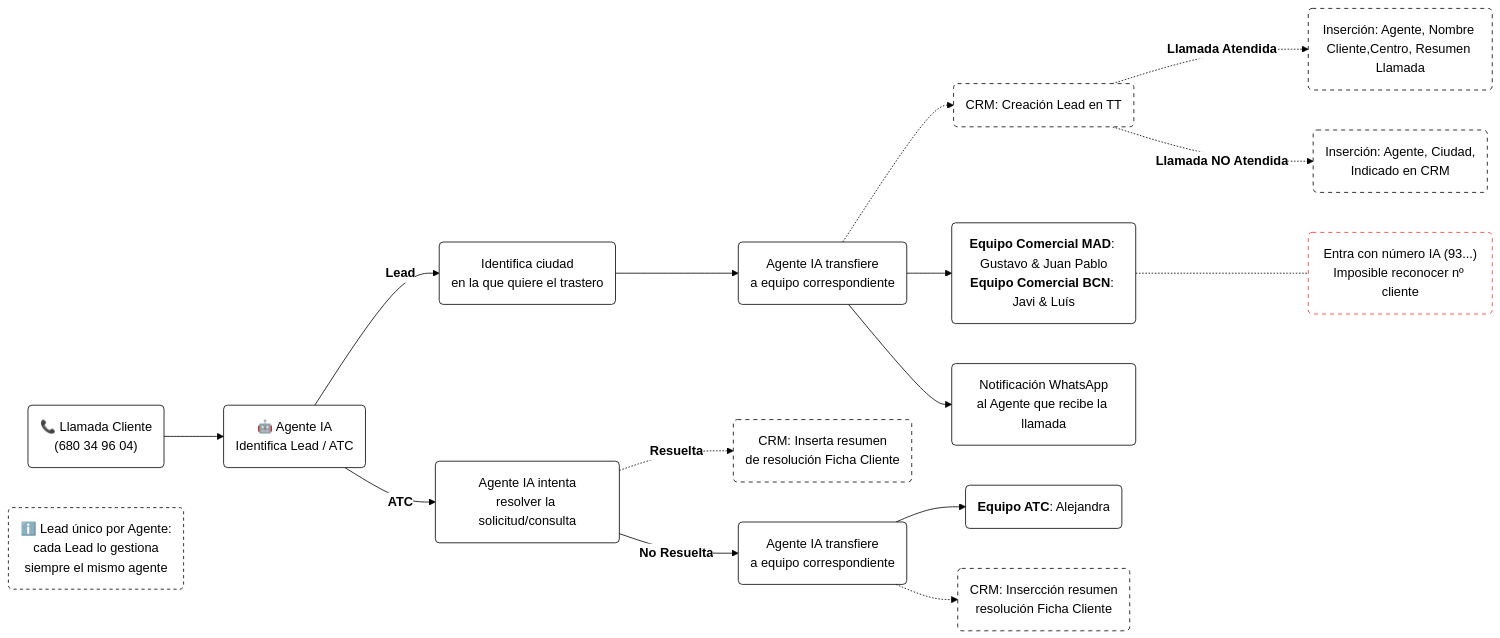
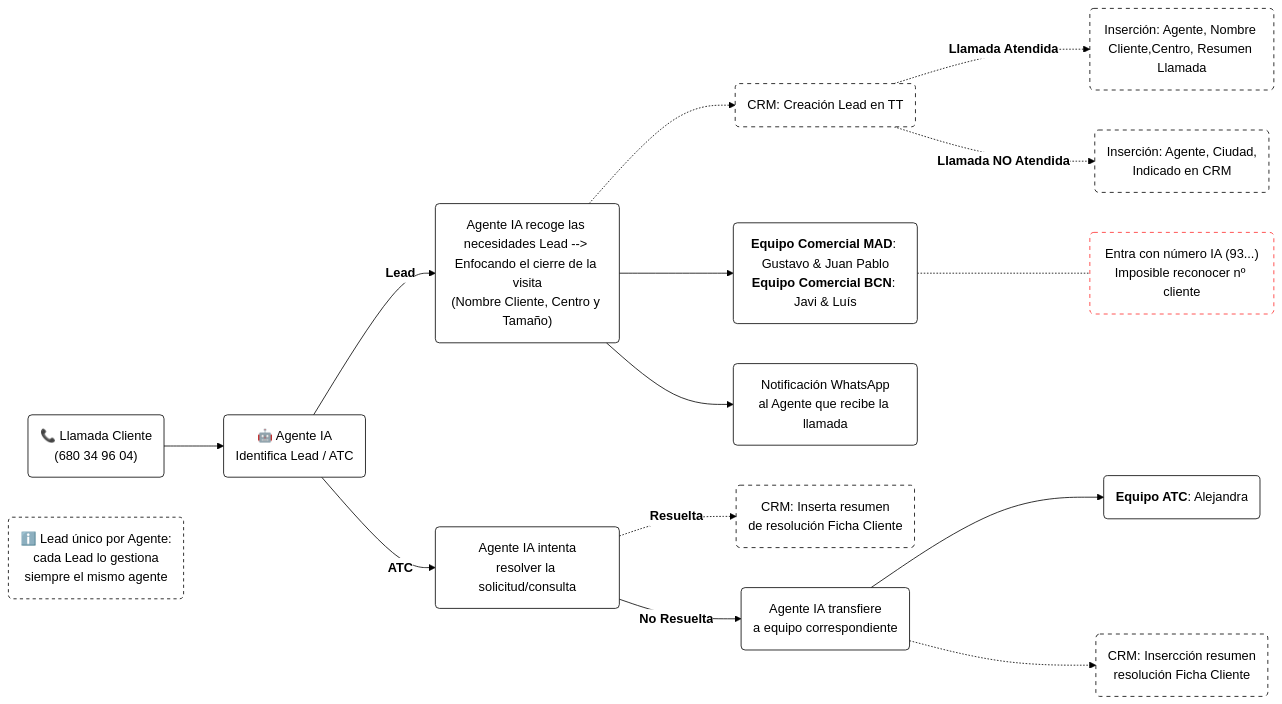
One commit to Fblanchete/Agente-IA changed the diagram in flujo_en_horario (1).md. Above: the diagram before and after it, drawn with Mermaid.

Commit message:
Update flujo_en_horario (1).md

````diff
--- a/flujo_en_horario (1).md
+++ b/flujo_en_horario (1).md
@@ -3,35 +3,34 @@
 ```mermaid
 %%{init: {'theme': 'base', 'themeVariables': { 'fontFamily': 'Arial', 'background': '#FFFFFF', 'primaryColor': '#FFFFFF', 'primaryBorderColor': '#000000', 'primaryTextColor': '#000000', 'lineColor': '#000000', 'secondaryColor': '#FFFFFF', 'tertiaryColor': '#FFFFFF'}}}%%
 flowchart LR
     A1("📞 Llamada Cliente<br/>(680 34 96 04)") --> A2("🤖 Agente IA<br/>Identifica Lead / ATC")
 
-    A2 -->|"`**Lead**`"| L1("Identifica ciudad<br/>en la que quiere el trastero")
-    L1 --> L2("Agente IA transfiere<br/>a equipo correspondiente")
+    A2 -->|"`**Lead**`"| L2("Agente IA recoge las necesidades Lead --> Enfocando el cierre de la visita<br/>(Nombre Cliente, Centro y Tamaño)")
     L2 -.-> CRM1("CRM: Creación Lead en TT")
     L4 -.- L3("Entra con número IA (93...)<br/>Imposible reconocer nº cliente")
     L2 --> L4("`**Equipo Comercial MAD**: Gustavo & Juan Pablo<br/>**Equipo Comercial BCN**: Javi & Luís`")
     L2 --> L5("Notificación WhatsApp<br/>al Agente que recibe la llamada")
     CRM1 -.-> |"`**Llamada Atendida**`"| LA("Inserción: Agente, Nombre Cliente,Centro, Resumen Llamada")
     CRM1 -.-> |"`**Llamada NO Atendida**`"| LNA("Inserción: Agente, Ciudad,<br/>Indicado en CRM")
 
     A2 -->|"`**ATC**`"| T1("Agente IA intenta<br/>resolver la solicitud/consulta")
     T1 -.->|"`**Resuelta**`"| CRM2("CRM: Inserta resumen<br/>de resolución Ficha Cliente")
     T1 -->|"`**No Resuelta**`"| T2("Agente IA transfiere<br/>a equipo correspondiente")
     T2 --> T3("`**Equipo ATC**: Alejandra`")
     T2 -.-> CRM3("CRM: Insercción resumen<br/>resolución Ficha Cliente")
   
 
     N0("ℹ️ Lead único por Agente:<br/>cada Lead lo gestiona<br/>siempre el mismo agente")
 
 
     classDef todos fill:#FFFFFF,stroke:#000000,color:#000000
     classDef nota fill:#FFFFFF,stroke:#000000,color:#000000,stroke-dasharray: 4 4
     classDef comment fill:#FFFFFF,stroke:#FF2C2C,color:#000000,stroke-dasharray: 5 5
     classDef CRM fill:#FFFFFF,stroke:#000000,color:#000000,stroke-dasharray: 5 5
-    class A1,A2,L1,L2,L4,L5,T1,T2,T3 todos
+    class A1,A2,L2,L4,L5,T1,T2,T3 todos
     class N0 nota
     class L3 comment
     class CRM1,LA,LNA,CRM3,CRM2 CRM
    
 
 ```
````
